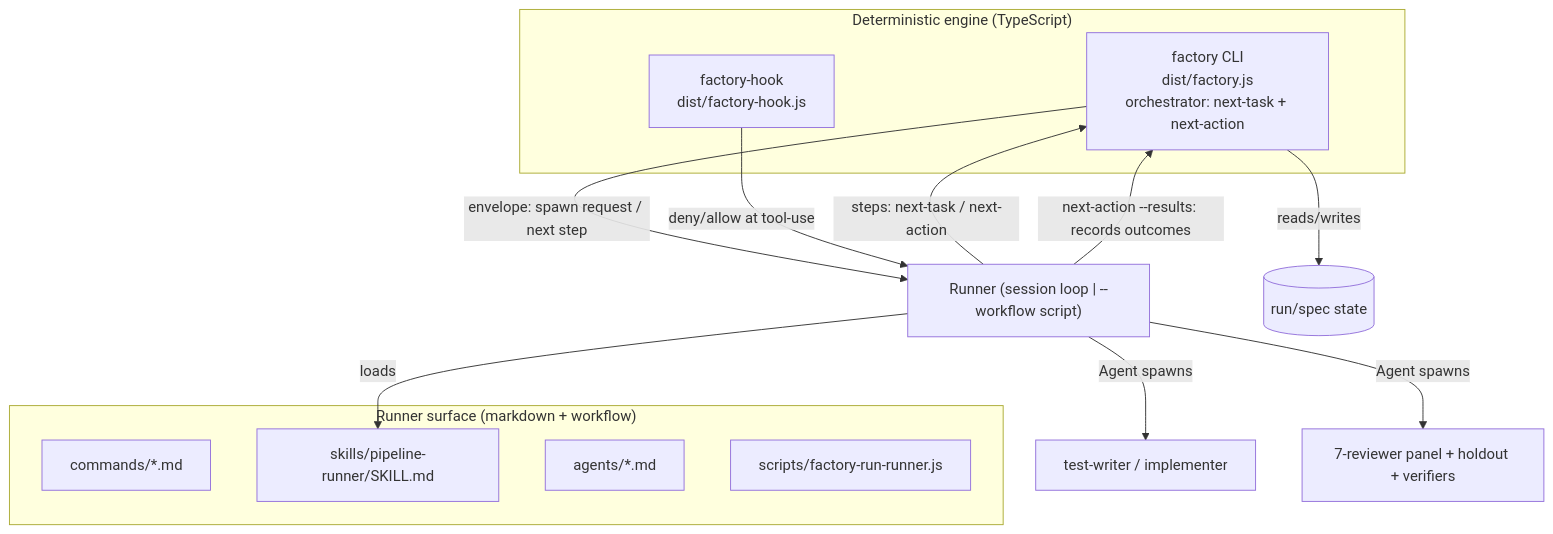
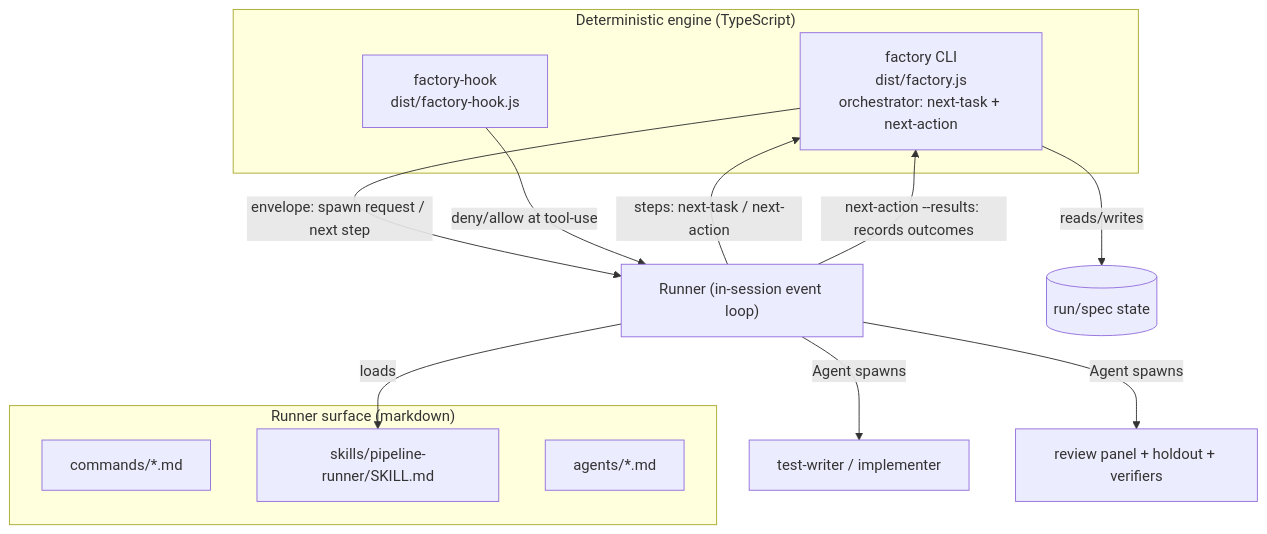
The second of 3 diagrams in docs/architecture/overview.md (jfa94/factory), drawn with Mermaid before and after one commit. The commit also changed other lines of this file and 17 other files, not shown here.

First line of the commit message:
docs: runner-unification sweep; D24/D28/D41 superseded notes; D42 event-loop addendum (S3)

````diff
--- a/docs/architecture/overview.md
+++ b/docs/architecture/overview.md
@@ -35,23 +35,22 @@
 ```mermaid
 graph TD
-  subgraph Surface["Runner surface (markdown + workflow)"]
+  subgraph Surface["Runner surface (markdown)"]
     Cmd[commands/*.md]
     Skill[skills/pipeline-runner/SKILL.md]
     Agents[agents/*.md]
-    WF[scripts/factory-run-runner.js]
   end
 
   subgraph Engine["Deterministic engine (TypeScript)"]
     CLI[factory CLI<br/>dist/factory.js<br/>orchestrator: next-task + next-action]
     Hook[factory-hook<br/>dist/factory-hook.js]
   end
 
-  Runner["Runner (session loop | --workflow script)"] -->|loads| Skill
+  Runner["Runner (in-session event loop)"] -->|loads| Skill
   Runner -->|steps: next-task / next-action| CLI
   CLI -->|envelope: spawn request / next step| Runner
   Runner -->|Agent spawns| Producers[test-writer / implementer]
-  Runner -->|Agent spawns| Panel[7-reviewer panel + holdout + verifiers]
+  Runner -->|Agent spawns| Panel[review panel + holdout + verifiers]
   Runner -->|next-action --results: records outcomes| CLI
   CLI -->|reads/writes| State[(run/spec state)]
   Hook -->|deny/allow at tool-use| Runner
 ```
````
